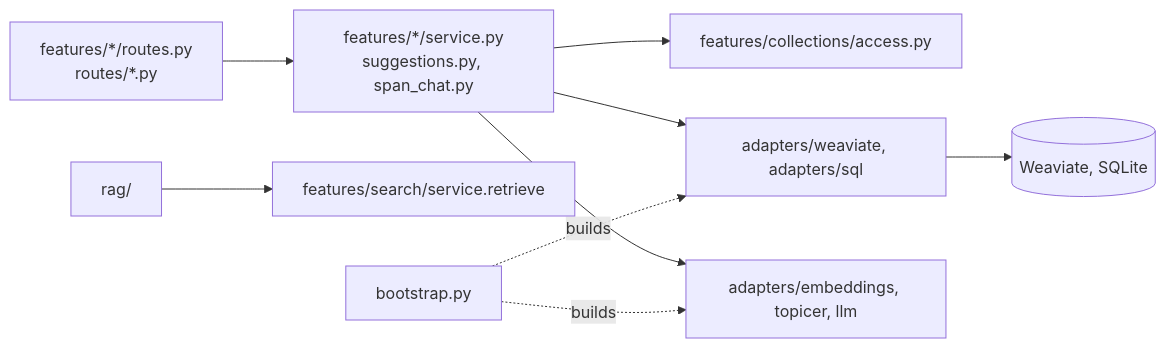
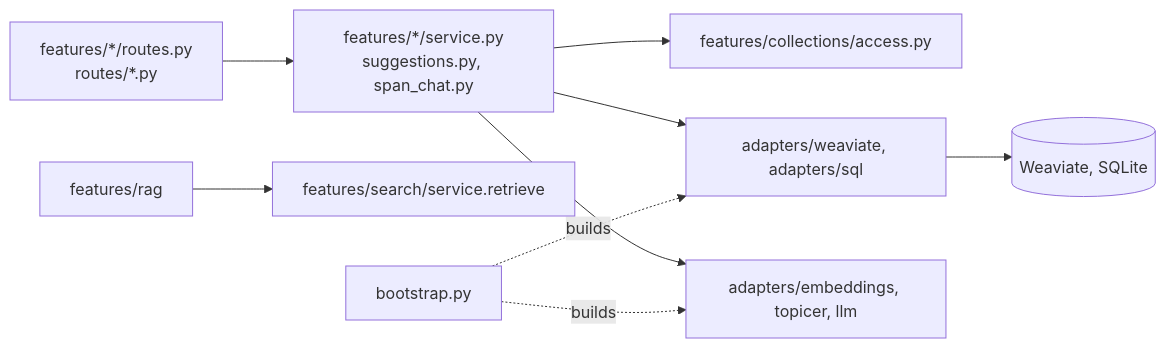
One commit to DCGM/semant-demo changed the second of 5 diagrams in docs/ARCHITECTURE.md. Above: the diagram before and after it, drawn with Mermaid. The commit also changed other lines of this file and 68 other files, not shown here.

````diff
--- a/docs/ARCHITECTURE.md
+++ b/docs/ARCHITECTURE.md
@@ -100,11 +104,11 @@
 ```mermaid
 flowchart LR
     Routes["features/*/routes.py<br/>routes/*.py"] --> Services["features/*/service.py<br/>suggestions.py, span_chat.py"]
     Services --> Access["features/collections/access.py"]
     Services --> Adapters["adapters/weaviate, adapters/sql"]
     Services --> Providers["adapters/embeddings, topicer, llm"]
-    RAG["rag/"] --> Search["features/search/service.retrieve"]
+    RAG["features/rag"] --> Search["features/search/service.retrieve"]
     Bootstrap["bootstrap.py"] -. builds .-> Adapters
     Bootstrap -. builds .-> Providers
     Adapters --> Stores[("Weaviate, SQLite")]
 ```
````
